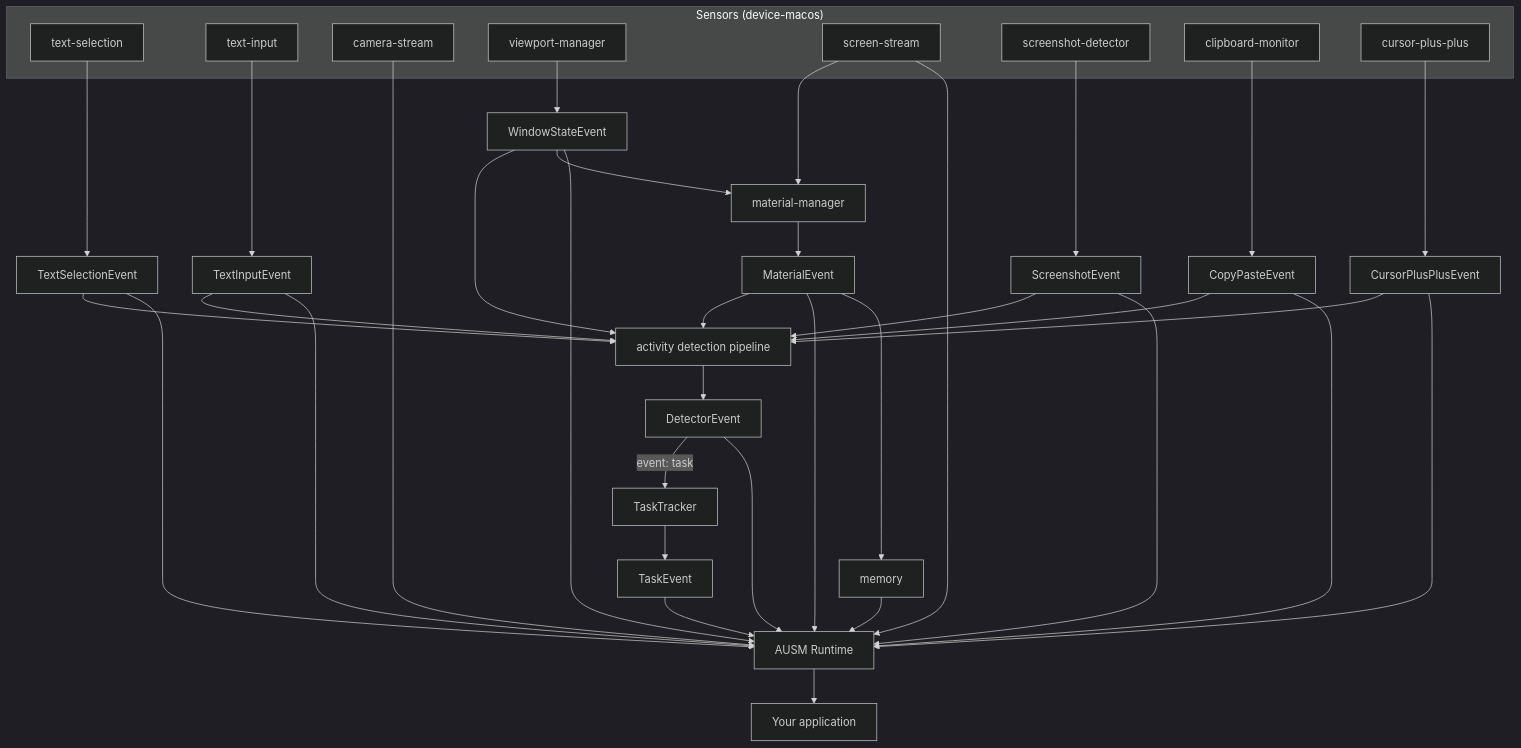
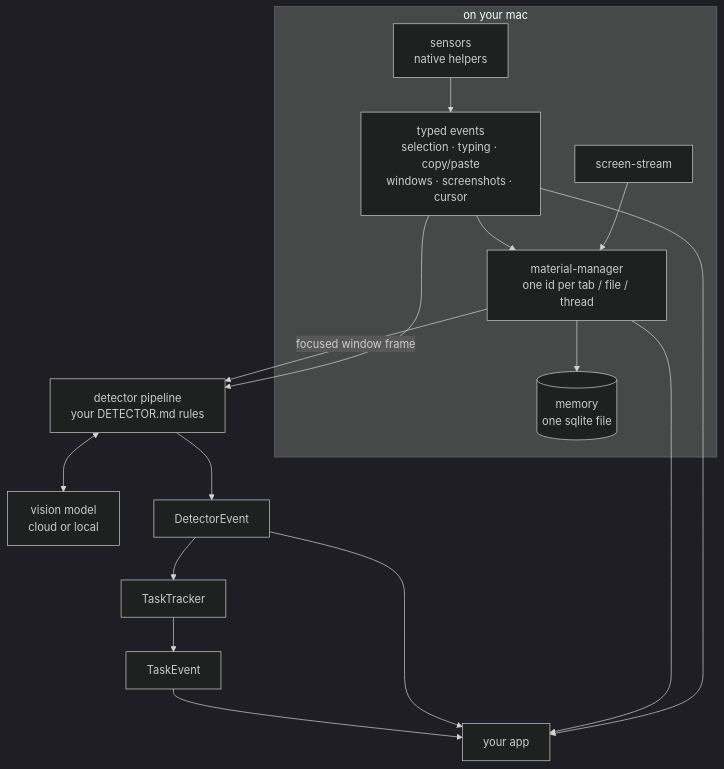
One commit to foundation-interface/ausm changed the first of 2 diagrams in README.md. Above: the diagram before and after it, drawn with Mermaid (dark theme). The commit also changed other lines of this file and 96 other files, not shown here.

````diff
--- a/README.md
+++ b/README.md
@@ -9,49 +9,14 @@
 ```mermaid
 flowchart TD
-    subgraph sensors["Sensors (device-macos)"]
-        
-        sel["text-selection"]
-        inp["text-input"]
-        car["camera-stream"]
-        vp["viewport-manager"]
-        scr["screen-stream"]
-        shot["screenshot-detector"]
-        clip["clipboard-monitor"]
-        cur["cursor-plus-plus"]
+    subgraph mac["on your mac"]
+        sensors["sensors<br/>native helpers"] --> events["typed events<br/>selection · typing · copy/paste<br/>windows · screenshots · cursor"]
+        stream["screen-stream"] --> mm["material-manager<br/>one id per tab / file / thread"]
+        events --> mm
+        mm --> memory[("memory<br/>one sqlite file")]
     end
-
-    vp --> wse["WindowStateEvent"]
-    sel --> tse["TextSelectionEvent"]
-    inp --> tie["TextInputEvent"]
-    shot --> sce["ScreenshotEvent"]
-    clip --> cpe["CopyPasteEvent"]
-    cur --> cue["CursorPlusPlusEvent"]
-
-    wse --> rt["AUSM Runtime"]
-    tse --> rt
-    tie --> rt
-    car --> rt
-    scr --> rt
-    sce --> rt
-    cpe --> rt
-    cue --> rt
-
-
-
-    wse --> mm["material-manager"]
-    scr --> mm
-    mm --> me["MaterialEvent"]
-    me --> memory
-    me --> rt
-    memory --> rt
-
-    wse & tse & tie & sce & cpe & cue & me --> pipeline["activity detection pipeline"]
-    pipeline --> de["DetectorEvent"]
-    de --> rt
-    de -- "event: task" --> tt["TaskTracker"] --> te["TaskEvent"]
-    te --> rt
-
-
-
-    rt --> host["Your application"]
+    events --> pipeline["detector pipeline<br/>your DETECTOR.md rules"]
+    mm -- "focused window frame" --> pipeline
+    pipeline <--> model["vision model<br/>cloud or local"]
+    pipeline --> det["DetectorEvent"] --> tracker["TaskTracker"] --> task["TaskEvent"]
+    events & mm & det & task --> app["your app"]
 ```
````
